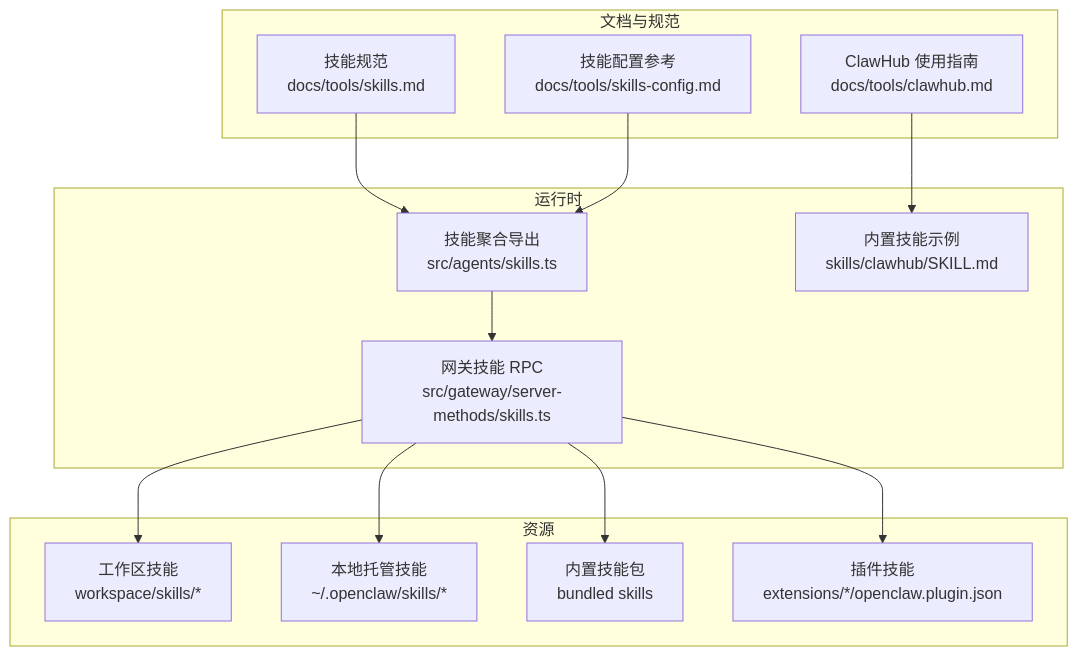
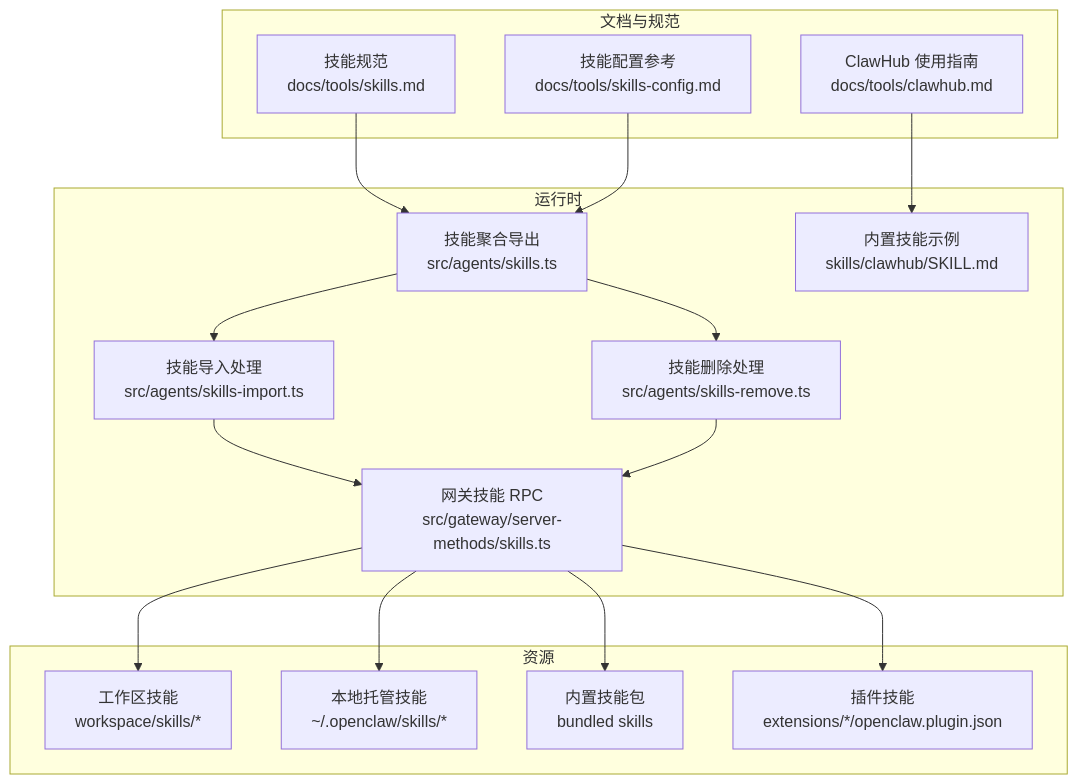
The first of 9 diagrams in .qoder/repowiki/zh/content/技能平台/技能管理.md (verse-ai-org/openclaw), drawn with Mermaid before and after one commit. The commit also changed other lines of this file and 33 other files, not shown here.

````diff
--- a/.qoder/repowiki/zh/content/技能平台/技能管理.md
+++ b/.qoder/repowiki/zh/content/技能平台/技能管理.md
@@ -41,27 +59,32 @@
 ```mermaid
 graph TB
 subgraph "文档与规范"
 D1["技能规范<br/>docs/tools/skills.md"]
 D2["技能配置参考<br/>docs/tools/skills-config.md"]
 D3["ClawHub 使用指南<br/>docs/tools/clawhub.md"]
 end
 subgraph "运行时"
 R1["技能聚合导出<br/>src/agents/skills.ts"]
-R2["网关技能 RPC<br/>src/gateway/server-methods/skills.ts"]
-R3["内置技能示例<br/>skills/clawhub/SKILL.md"]
+R2["技能导入处理<br/>src/agents/skills-import.ts"]
+R3["技能删除处理<br/>src/agents/skills-remove.ts"]
+R4["网关技能 RPC<br/>src/gateway/server-methods/skills.ts"]
+R5["内置技能示例<br/>skills/clawhub/SKILL.md"]
 end
 subgraph "资源"
 S1["工作区技能<br/>workspace/skills/*"]
 S2["本地托管技能<br/>~/.openclaw/skills/*"]
 S3["内置技能包<br/>bundled skills"]
 S4["插件技能<br/>extensions/*/openclaw.plugin.json"]
 end
 D1 --> R1
 D2 --> R1
-D3 --> R3
+D3 --> R5
 R1 --> R2
-R2 --> S1
-R2 --> S2
-R2 --> S3
-R2 --> S4
+R1 --> R3
+R2 --> R4
+R3 --> R4
+R4 --> S1
+R4 --> S2
+R4 --> S3
+R4 --> S4
 ```
````
